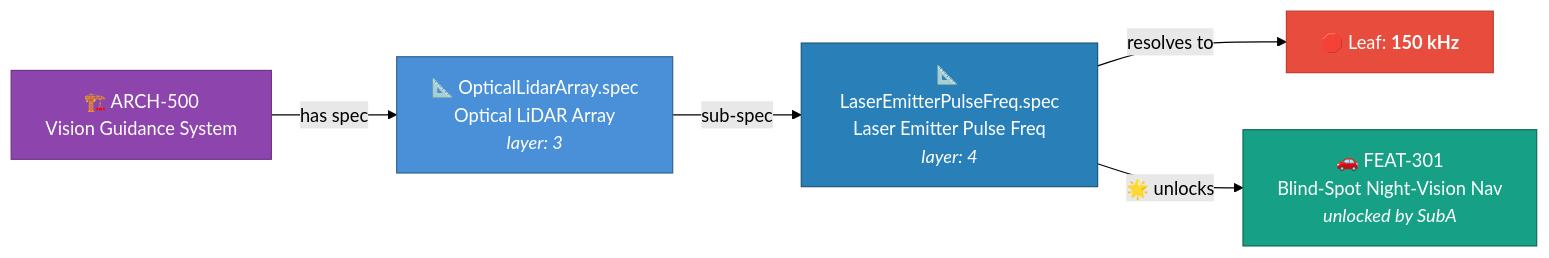
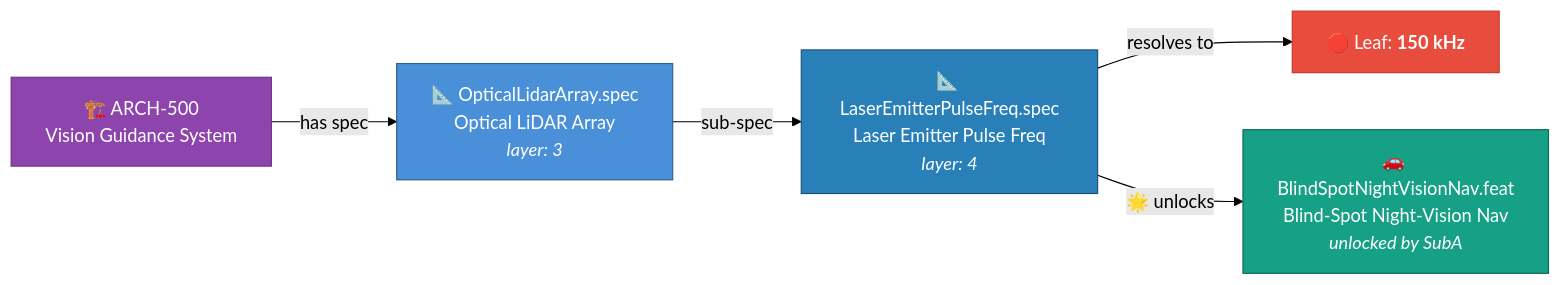
The second of 2 diagrams in docs/doc-templates/20260816-035419-161812-77ab-8fb0-d4d2c0e1cb0d-SpecificationTmpl.tmpl-0.0.1.md (hanasaki/hanaden-bwrap-enhanced), drawn with Mermaid (forest theme) before and after one commit. The commit also changed other lines of this file and 3 other files, not shown here.

````diff
--- a/docs/doc-templates/20260816-035419-161812-77ab-8fb0-d4d2c0e1cb0d-SpecificationTmpl.tmpl-0.0.1.md
+++ b/docs/doc-templates/20260816-035419-161812-77ab-8fb0-d4d2c0e1cb0d-SpecificationTmpl.tmpl-0.0.1.md
@@ -75,22 +75,22 @@
 ```mermaid
 flowchart LR
     ARCH["🏗️ ARCH-500<br/>Vision Guidance System"]:::arch
 
     SP["📐 OpticalLidarArray.spec<br/>Optical LiDAR Array<br/><i>layer: 3</i>"]:::spec
 
     SPA["📐 LaserEmitterPulseFreq.spec<br/>Laser Emitter Pulse Freq<br/><i>layer: 4</i>"]:::sub
     LV["🛑 Leaf: <b>150 kHz</b>"]:::leaf
 
-    FEAT["🚗 FEAT-301<br/>Blind-Spot Night-Vision Nav<br/><i>unlocked by SubA</i>"]:::unlock
+    FEAT["🚗 BlindSpotNightVisionNav.feat<br/>Blind-Spot Night-Vision Nav<br/><i>unlocked by SubA</i>"]:::unlock
 
     ARCH -->|"has spec"| SP
     SP -->|"sub-spec"| SPA
     SPA -->|"resolves to"| LV
     SPA -->|"🌟 unlocks"| FEAT
 
     classDef arch   fill:#8e44ad,stroke:#6c3483,color:#fff
     classDef spec   fill:#4a90d9,stroke:#2c5f8a,color:#fff
     classDef sub    fill:#2980b9,stroke:#1a5276,color:#fff
     classDef leaf   fill:#e74c3c,stroke:#c0392b,color:#fff
     classDef unlock fill:#16a085,stroke:#0e6655,color:#fff
 ```
````
